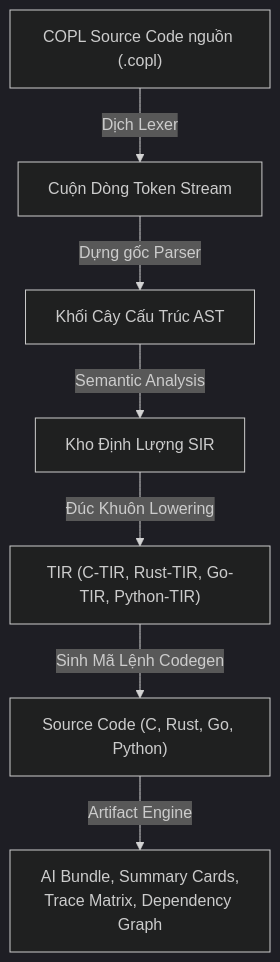
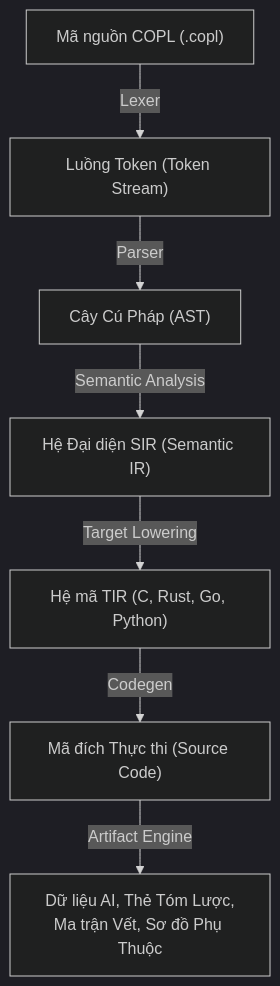
One commit to HalaAcademy/Non-LLM changed the diagram in docs/copl/00_overview.md. Above: the diagram before and after it, drawn with Mermaid (dark theme). The commit also changed other lines of this file and 12 other files, not shown here.

Commit message:
docs: Chuẩn hóa thuật ngữ kỹ thuật và sơ đồ Mermaid cho dự án COPL

````diff
--- a/docs/copl/00_overview.md
+++ b/docs/copl/00_overview.md
@@ -85,9 +85,9 @@
 ```mermaid
 flowchart TD
-    A["COPL Source Code nguồn (.copl)"] -->|"Dịch Lexer"| B["Cuộn Dòng Token Stream"]
-    B -->|"Dựng gốc Parser"| C["Khối Cây Cấu Trúc AST"]
-    C -->|"Semantic Analysis"| D["Kho Định Lượng SIR"]
-    D -->|"Đúc Khuôn Lowering"| E["TIR (C-TIR, Rust-TIR, Go-TIR, Python-TIR)"]
-    E -->|"Sinh Mã Lệnh Codegen"| F["Source Code (C, Rust, Go, Python)"]
-    F -->|"Artifact Engine"| G["AI Bundle, Summary Cards,<br/>Trace Matrix, Dependency Graph"]
+    A["Mã nguồn COPL (.copl)"] -->|"Lexer"| B["Luồng Token (Token Stream)"]
+    B -->|"Parser"| C["Cây Cú Pháp (AST)"]
+    C -->|"Semantic Analysis"| D["Hệ Đại diện SIR (Semantic IR)"]
+    D -->|"Target Lowering"| E["Hệ mã TIR (C, Rust, Go, Python)"]
+    E -->|"Codegen"| F["Mã đích Thực thi (Source Code)"]
+    F -->|"Artifact Engine"| G["Dữ liệu AI, Thẻ Tóm Lược,<br/>Ma trận Vết, Sơ đồ Phụ Thuộc"]
 ```
````
